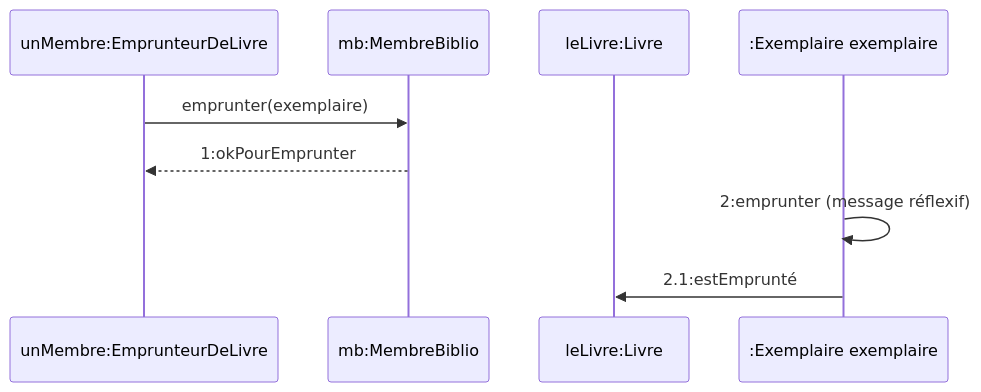
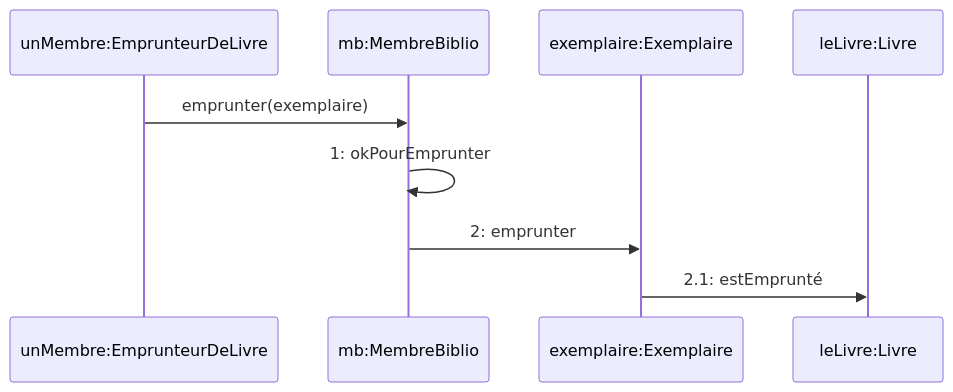
One commit to Yahya8bit/ensi-survival-kit changed the fourth of 30 diagrams in docs/Year 2/Semester 1/ACOO/Cours/acoo-analyse-modele-dynamique.md. Above: the diagram before and after it, drawn with Mermaid. The commit also changed other lines of this file, not shown here.

````diff
--- a/docs/Year 2/Semester 1/ACOO/Cours/acoo-analyse-modele-dynamique.md
+++ b/docs/Year 2/Semester 1/ACOO/Cours/acoo-analyse-modele-dynamique.md
@@ -158,11 +174,11 @@
 ```mermaid
 sequenceDiagram
     participant um as unMembre:EmprunteurDeLivre
     participant mb as mb:MembreBiblio
-    participant ll as leLivre:Livre
-    participant ex as :Exemplaire exemplaire
+    participant exemplaire as exemplaire:Exemplaire
+    participant livre as leLivre:Livre
     um->>mb: emprunter(exemplaire)
-    mb-->>um: 1:okPourEmprunter
-    ex->>ex: 2:emprunter (message réflexif)
-    ex->>ll: 2.1:estEmprunté
+    mb->>mb: 1: okPourEmprunter
+    mb->>exemplaire: 2: emprunter
+    exemplaire->>livre: 2.1: estEmprunté
 ```
````
